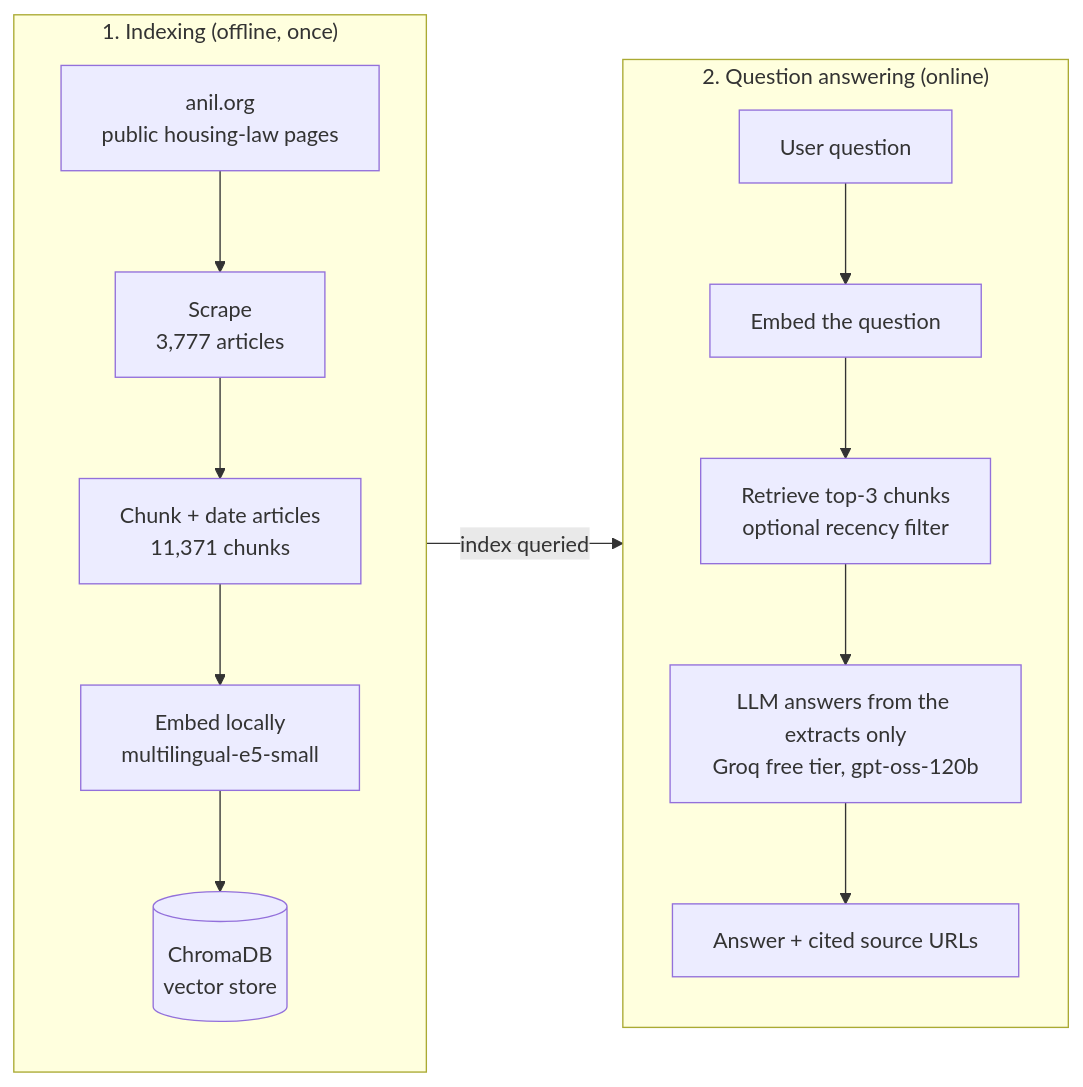
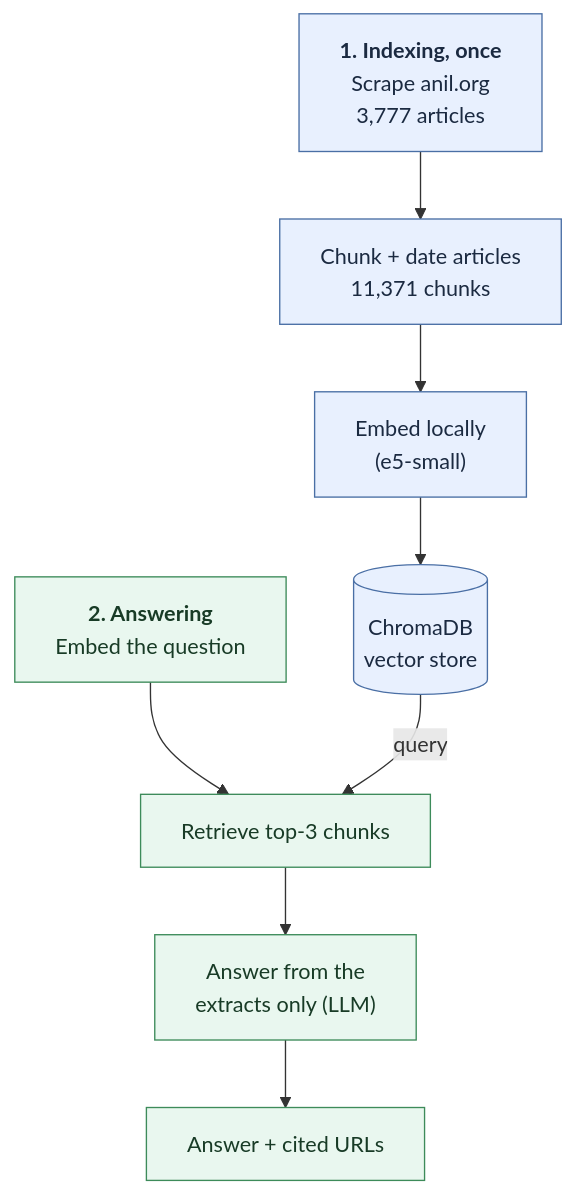
One commit to nicolas-potier/french-rental-law-rag changed the diagram in README.md. Above: the diagram before and after it, drawn with Mermaid.

Commit message:
Draw retrieval as a query on the vector store in the pipeline diagram

````diff
--- a/README.md
+++ b/README.md
@@ -82,24 +82,20 @@
 ```mermaid
-flowchart LR
-    subgraph IDX["1. Indexing (offline, once)"]
-        direction TB
-        web["anil.org<br/>public housing-law pages"]
-        scrape["Scrape<br/>3,777 articles"]
-        chunk["Chunk + date articles<br/>11,371 chunks"]
-        embed["Embed locally<br/>multilingual-e5-small"]
-        chroma[("ChromaDB<br/>vector store")]
-        web --> scrape --> chunk --> embed --> chroma
-    end
+flowchart TB
+    scrape["<b>1. Indexing, once</b><br/>Scrape anil.org<br/>3,777 articles"]
+    chunk["Chunk + date articles<br/>11,371 chunks"]
+    embed["Embed locally<br/>(e5-small)"]
+    chroma[("ChromaDB<br/>vector store")]
+    q["<b>2. Answering</b><br/>Embed the question"]
+    retr["Retrieve top-3 chunks"]
+    llm["Answer from the<br/>extracts only (LLM)"]
+    out["Answer + cited URLs"]
 
-    subgraph QA["2. Question answering (online)"]
-        direction TB
-        q["User question"]
-        qemb["Embed the question"]
-        retr["Retrieve top-3 chunks<br/>optional recency filter"]
-        llm["LLM answers from the extracts only<br/>Groq free tier, gpt-oss-120b"]
-        out["Answer + cited source URLs"]
-        q --> qemb --> retr --> llm --> out
-    end
+    scrape --> chunk --> embed --> chroma
+    q --> retr --> llm --> out
+    chroma -- "query" --> retr
 
-    IDX -- "index queried" --> QA
+    classDef offline fill:#e8f0fe,stroke:#4a6fa5,color:#1b2a41
+    classDef online fill:#e9f7ef,stroke:#3d8b5a,color:#183b26
+    class scrape,chunk,embed,chroma offline
+    class q,retr,llm,out online
 ```
````
